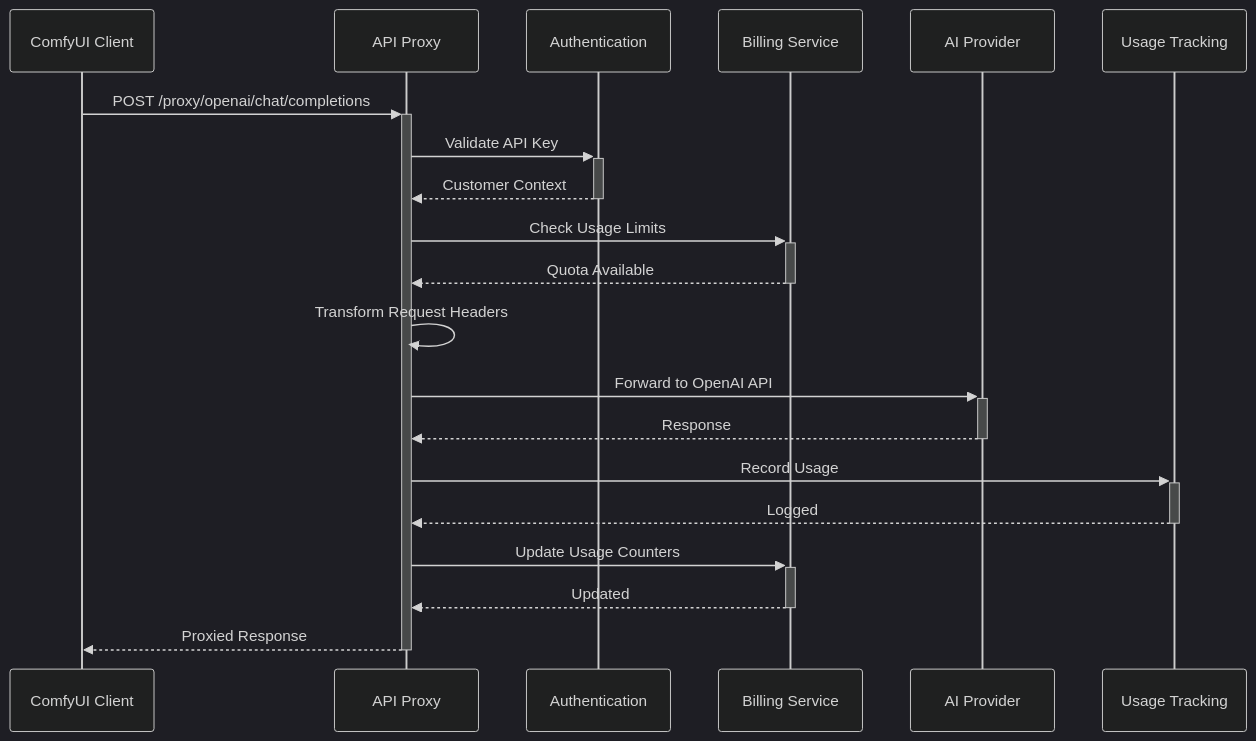
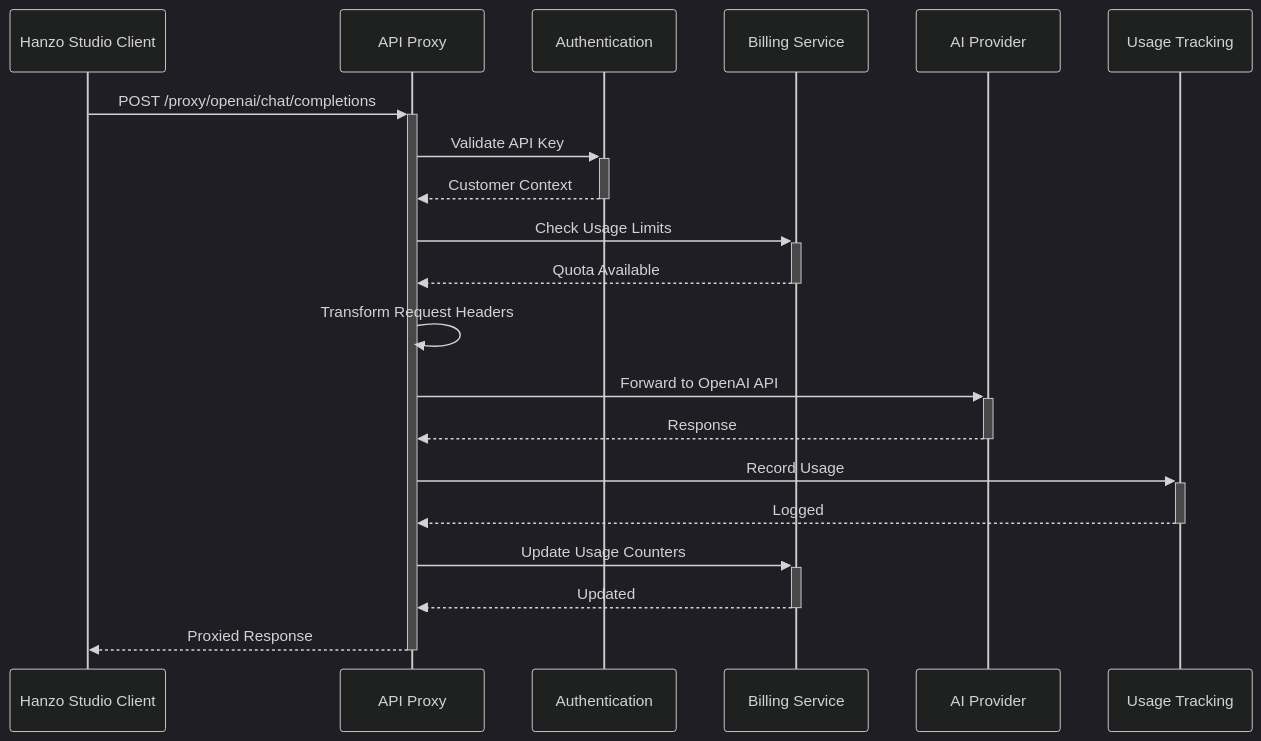
Before and after one commit to hanzoui/claude-prompt-library: the fifth of 5 diagrams in project-summaries-for-agents/comfy-api/REPOSITORY_GUIDE.md, drawn with Mermaid (dark theme). The commit also changed other lines of this file and 81 other files, not shown here.

First line of the commit message:
rebrand: Hanzo AI Inc — full rebrand from ComfyUI/Comfy-Org

````diff
--- a/project-summaries-for-agents/comfy-api/REPOSITORY_GUIDE.md
+++ b/project-summaries-for-agents/comfy-api/REPOSITORY_GUIDE.md
@@ -729,28 +729,28 @@
 ```mermaid
 sequenceDiagram
-    participant Client as ComfyUI Client
+    participant Client as Hanzo Studio Client
     participant Proxy as API Proxy
     participant Auth as Authentication
     participant Billing as Billing Service
     participant Provider as AI Provider
     participant Metrics as Usage Tracking
 
     Client->>+Proxy: POST /proxy/openai/chat/completions
     Proxy->>+Auth: Validate API Key
     Auth-->>-Proxy: Customer Context
     
     Proxy->>+Billing: Check Usage Limits
     Billing-->>-Proxy: Quota Available
     
     Proxy->>Proxy: Transform Request Headers
     Proxy->>+Provider: Forward to OpenAI API
     Provider-->>-Proxy: Response
     
     Proxy->>+Metrics: Record Usage
     Metrics-->>-Proxy: Logged
     
     Proxy->>+Billing: Update Usage Counters
     Billing-->>-Proxy: Updated
     
     Proxy-->>-Client: Proxied Response
 ```
````
